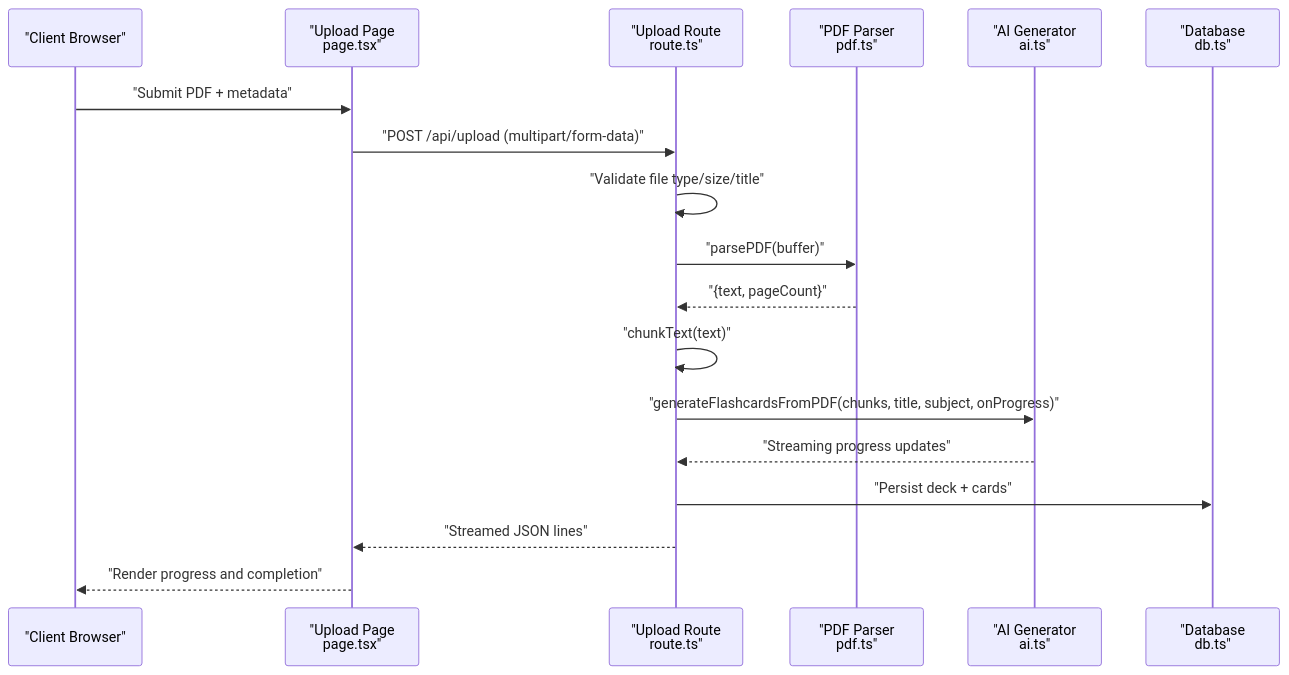
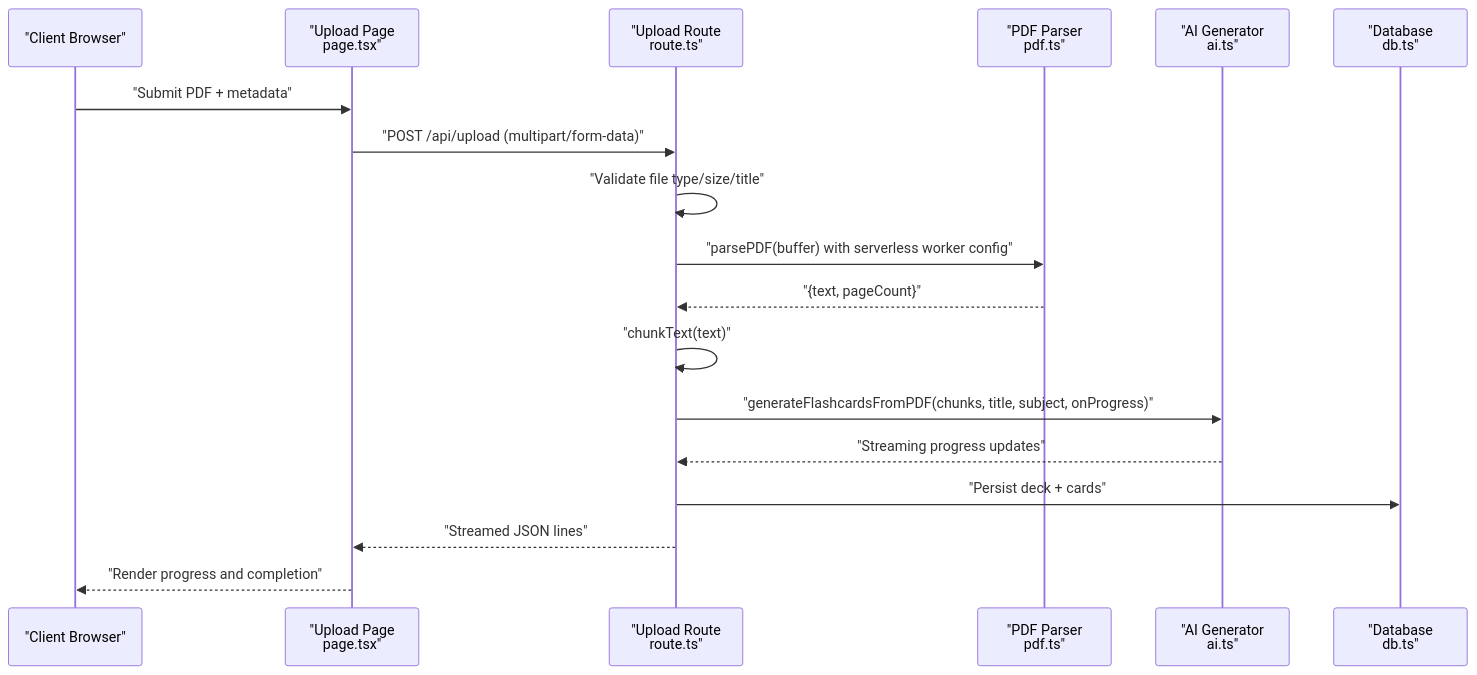
The second of 4 diagrams in .qoder/repowiki/en/content/Core Features/PDF Upload and Processing.md (nitish-niraj/cumathassignment), drawn with Mermaid before and after one commit. The commit also changed other lines of this file and 6 other files, not shown here.

Commit message:
Harden pdfjs-dist worker config, fix heatmap hydration and useMemo

````diff
--- a/.qoder/repowiki/en/content/Core Features/PDF Upload and Processing.md
+++ b/.qoder/repowiki/en/content/Core Features/PDF Upload and Processing.md
@@ -107,20 +118,20 @@
 ```mermaid
 sequenceDiagram
 participant Client as "Client Browser"
 participant UI as "Upload Page<br/>page.tsx"
 participant API as "Upload Route<br/>route.ts"
 participant PDF as "PDF Parser<br/>pdf.ts"
 participant AI as "AI Generator<br/>ai.ts"
 participant DB as "Database<br/>db.ts"
 Client->>UI : "Submit PDF + metadata"
 UI->>API : "POST /api/upload (multipart/form-data)"
 API->>API : "Validate file type/size/title"
-API->>PDF : "parsePDF(buffer)"
+API->>PDF : "parsePDF(buffer) with serverless worker config"
 PDF-->>API : "{text, pageCount}"
 API->>API : "chunkText(text)"
 API->>AI : "generateFlashcardsFromPDF(chunks, title, subject, onProgress)"
 AI-->>API : "Streaming progress updates"
 API->>DB : "Persist deck + cards"
 API-->>UI : "Streamed JSON lines"
 UI-->>Client : "Render progress and completion"
 ```
````
